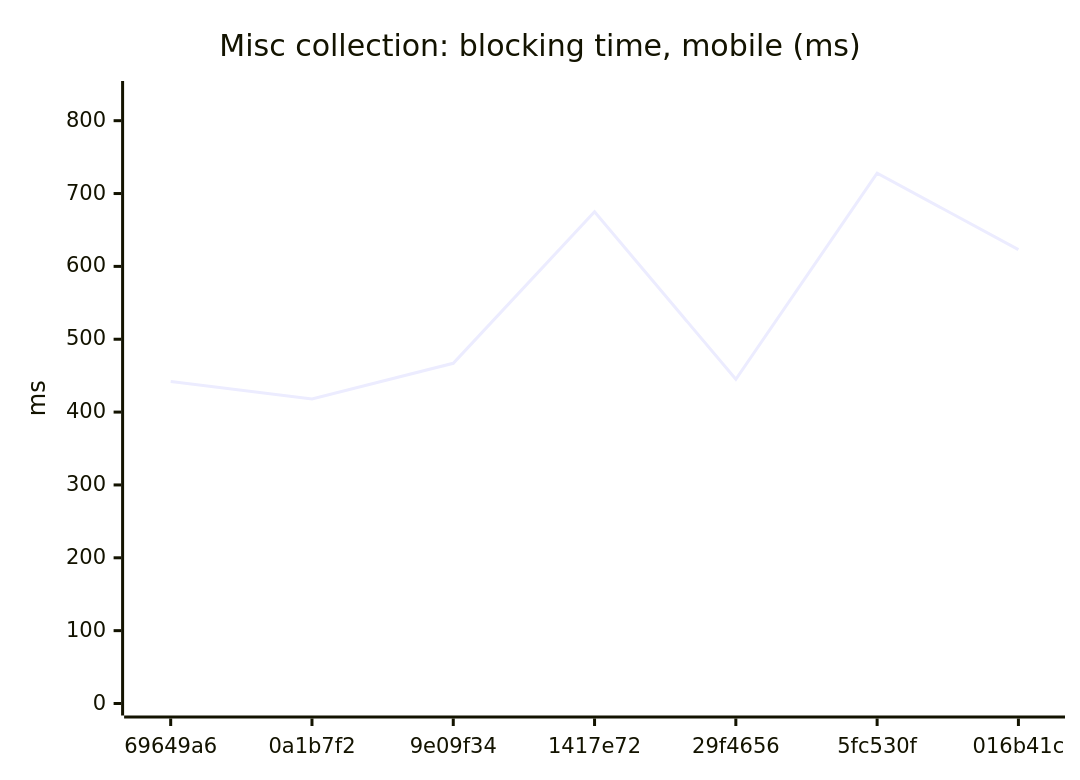
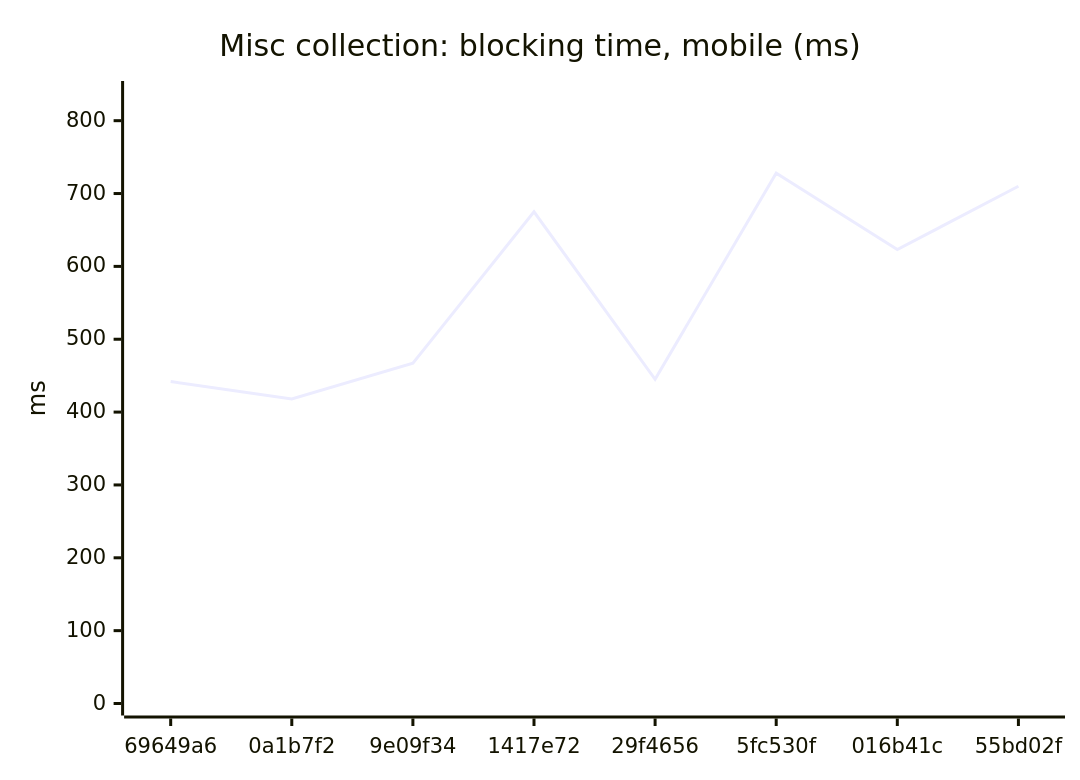
The tenth of 18 diagrams in README.md (AxelUser/maltsev.space), drawn with Mermaid before and after one commit. The commit also changed other lines of this file and 1 other file, not shown here.

````diff
--- a/README.md
+++ b/README.md
@@ -115,7 +115,7 @@
 ```mermaid
 xychart-beta
   title "Misc collection: blocking time, mobile (ms)"
-  x-axis ["69649a6", "0a1b7f2", "9e09f34", "1417e72", "29f4656", "5fc530f", "016b41c"]
+  x-axis ["69649a6", "0a1b7f2", "9e09f34", "1417e72", "29f4656", "5fc530f", "016b41c", "55bd02f"]
   y-axis "ms" 0 --> 838
-  line [442, 418, 467, 675, 445, 728, 623]
+  line [442, 418, 467, 675, 445, 728, 623, 710]
 ```
````
